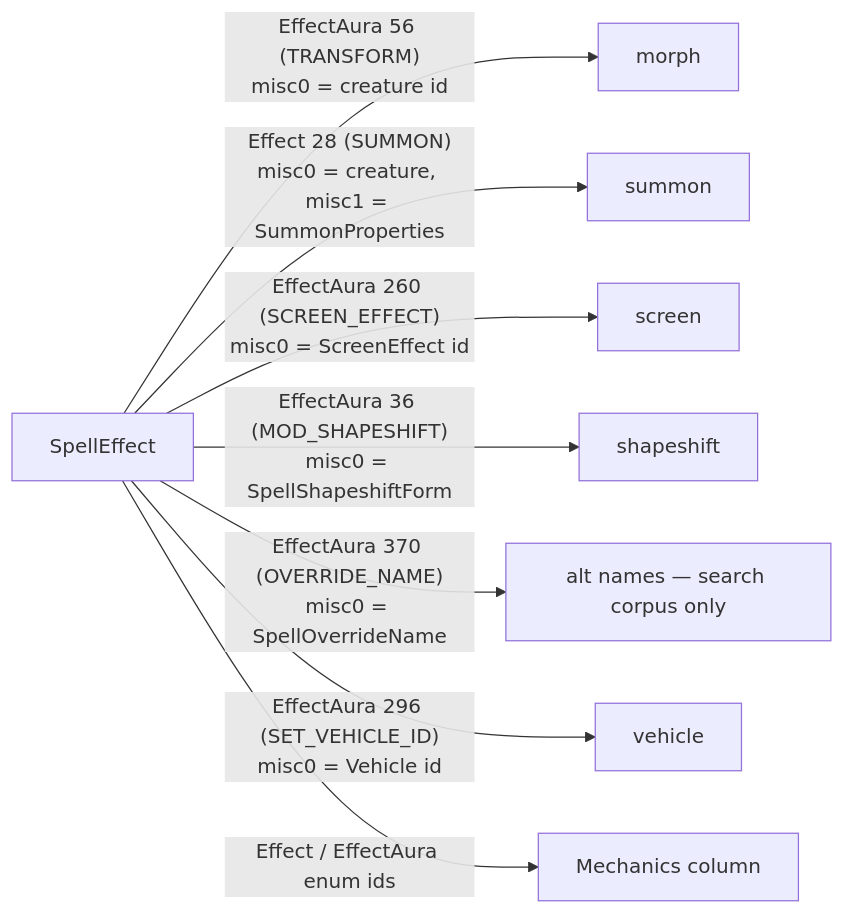
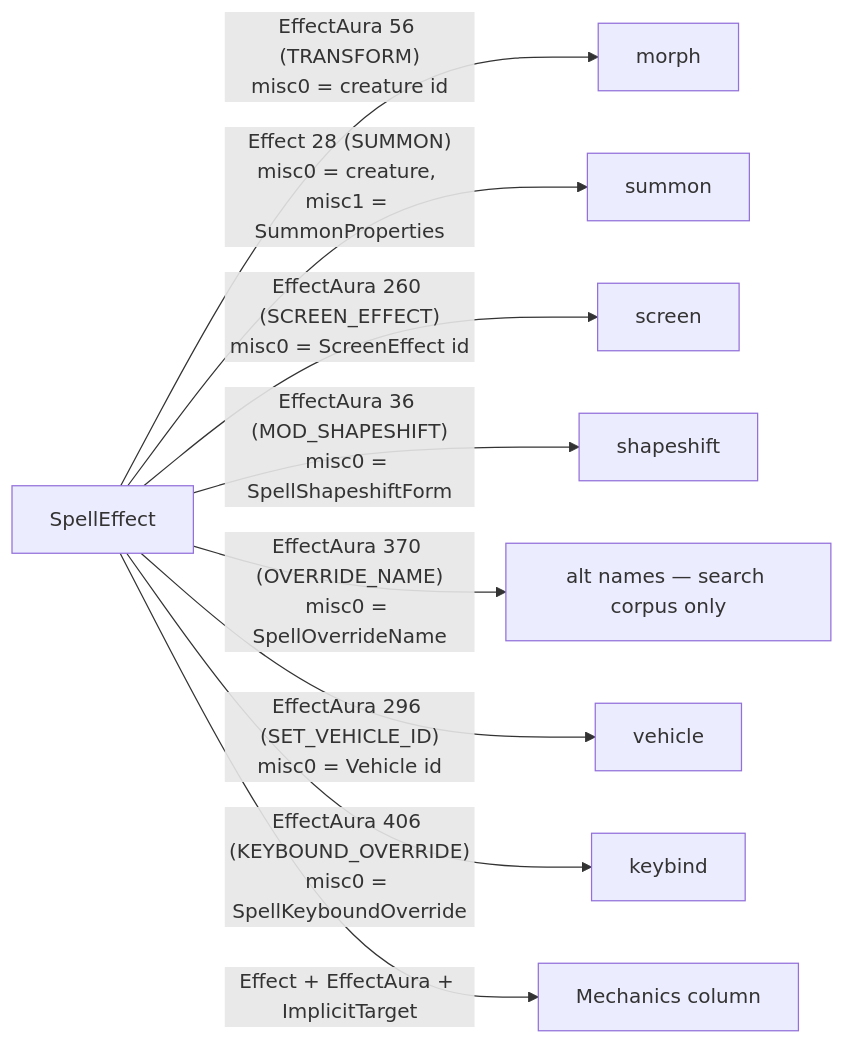
One commit to Natans8/Epsilook changed the eighth of 16 diagrams in DATA_ROUTES.md. Above: the diagram before and after it, drawn with Mermaid. The commit also changed other lines of this file and 19 other files, not shown here.

First line of the commit message:
Pair mechanics with their targets; add keybound overrides

````diff
--- a/DATA_ROUTES.md
+++ b/DATA_ROUTES.md
@@ -474,11 +474,12 @@
 ```mermaid
 flowchart LR
   SE["SpellEffect"]
   SE -->|"EffectAura 56 (TRANSFORM)<br/>misc0 = creature id"| MO["morph"]
   SE -->|"Effect 28 (SUMMON)<br/>misc0 = creature, misc1 = SummonProperties"| SU["summon"]
   SE -->|"EffectAura 260 (SCREEN_EFFECT)<br/>misc0 = ScreenEffect id"| SC["screen"]
   SE -->|"EffectAura 36 (MOD_SHAPESHIFT)<br/>misc0 = SpellShapeshiftForm"| SS["shapeshift"]
   SE -->|"EffectAura 370 (OVERRIDE_NAME)<br/>misc0 = SpellOverrideName"| ON["alt names — search corpus only"]
   SE -->|"EffectAura 296 (SET_VEHICLE_ID)<br/>misc0 = Vehicle id"| VE["vehicle"]
-  SE -->|"Effect / EffectAura enum ids"| ME["Mechanics column"]
+  SE -->|"EffectAura 406 (KEYBOUND_OVERRIDE)<br/>misc0 = SpellKeyboundOverride"| KB["keybind"]
+  SE -->|"Effect + EffectAura + ImplicitTarget"| ME["Mechanics column"]
 ```
````
